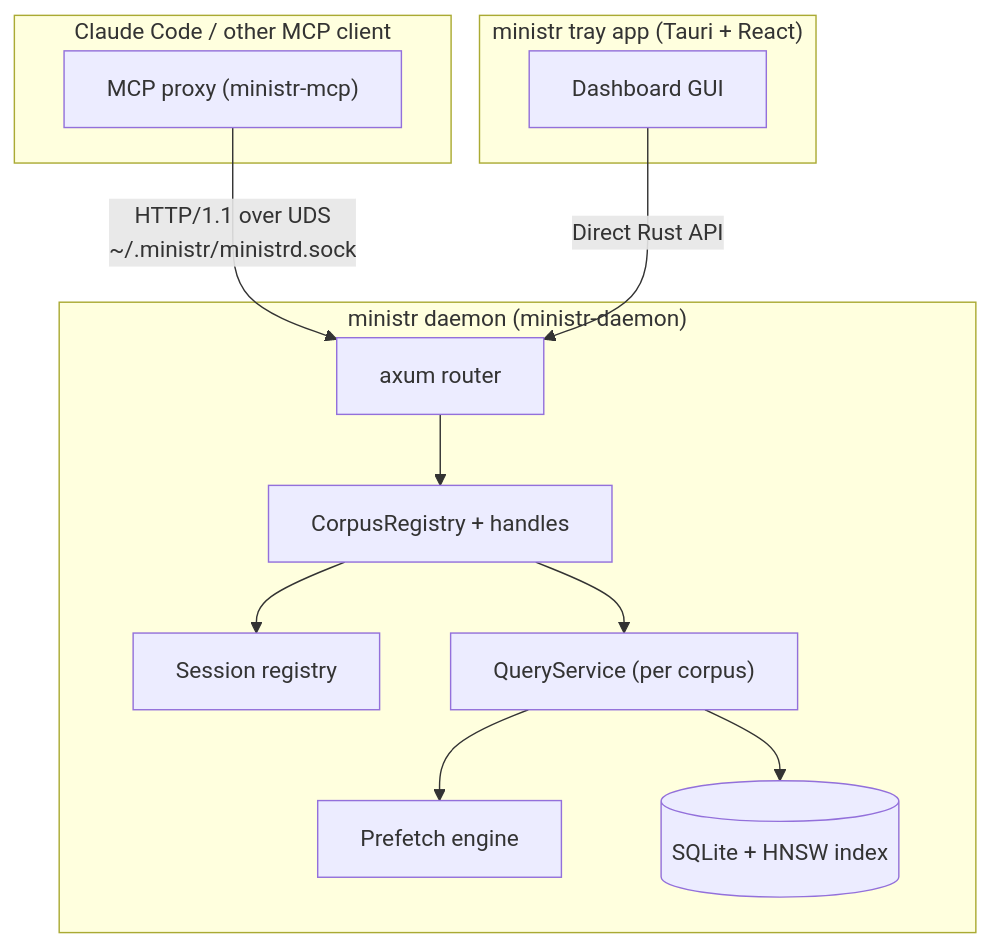
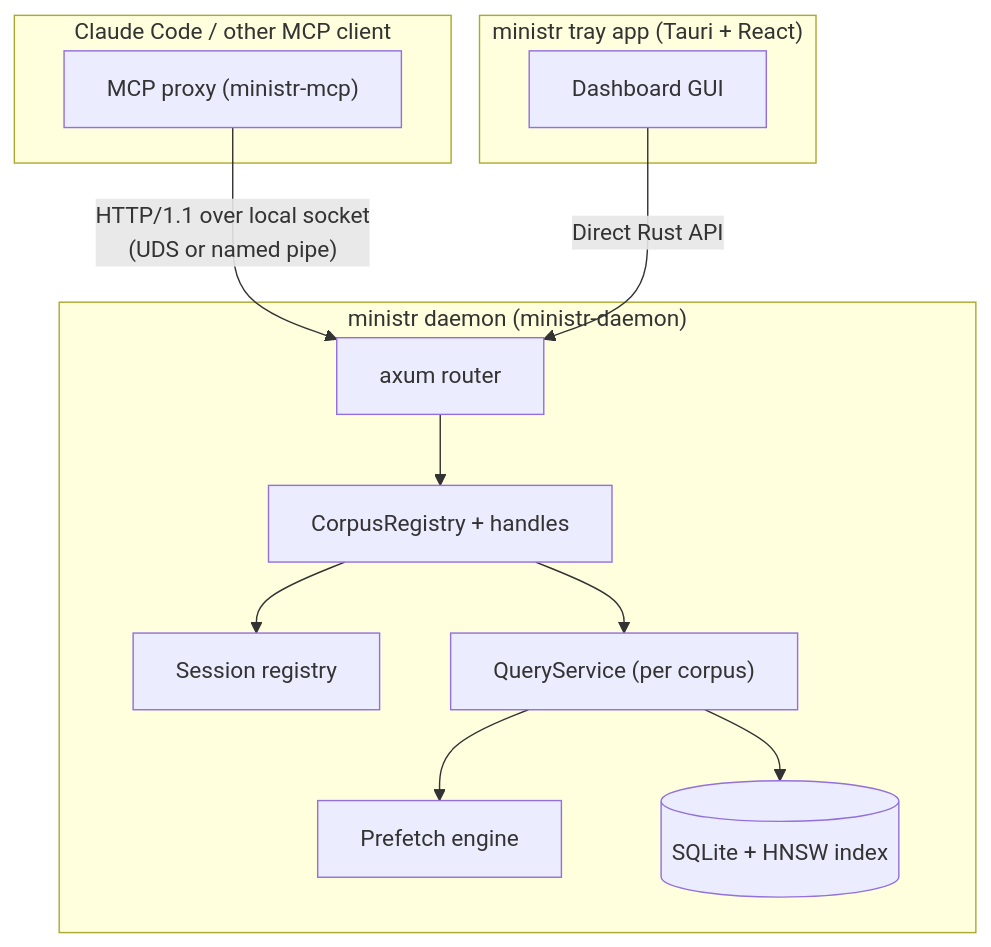
The diagram in docs-next/content/docs/architecture-daemon.mdx (OlsonSoftware/ministr), drawn with Mermaid before and after one commit. The commit also changed other lines of this file and 8 other files, not shown here.

````diff
--- a/docs-next/content/docs/architecture-daemon.mdx
+++ b/docs-next/content/docs/architecture-daemon.mdx
@@ -8,28 +8,28 @@
 ```mermaid
 flowchart TB
   subgraph client["Claude Code / other MCP client"]
     proxy["MCP proxy (ministr-mcp)"]
   end
 
   subgraph tray["ministr tray app (Tauri + React)"]
     dashboard["Dashboard GUI"]
   end
 
   subgraph daemon["ministr daemon (ministr-daemon)"]
     router["axum router"]
     registry["CorpusRegistry + handles"]
     sessions["Session registry"]
     query["QueryService (per corpus)"]
     prefetch["Prefetch engine"]
     storage[("SQLite + HNSW index")]
 
     router --> registry
     registry --> query
     registry --> sessions
     query --> storage
     query --> prefetch
   end
 
-  proxy -->|"HTTP/1.1 over UDS<br/>~/.ministr/ministrd.sock"| router
+  proxy -->|"HTTP/1.1 over local socket<br/>(UDS or named pipe)"| router
   dashboard -->|"Direct Rust API"| router
 ```
````
